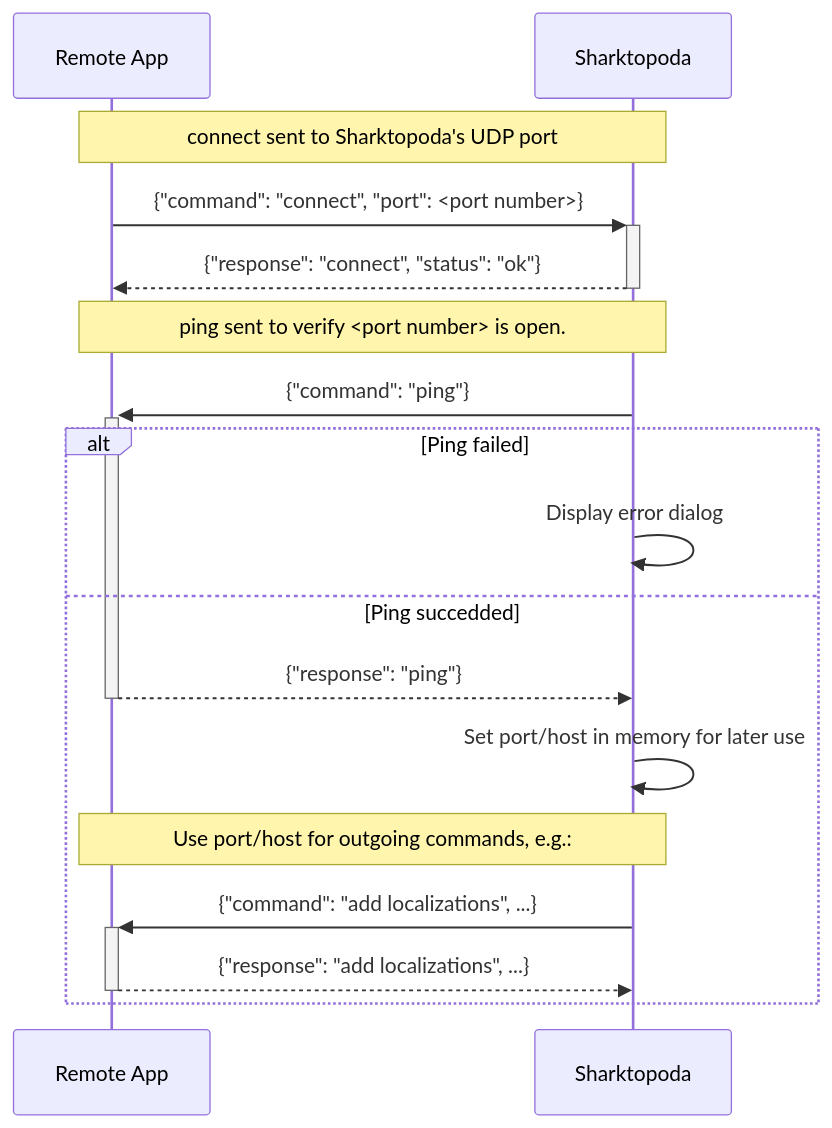
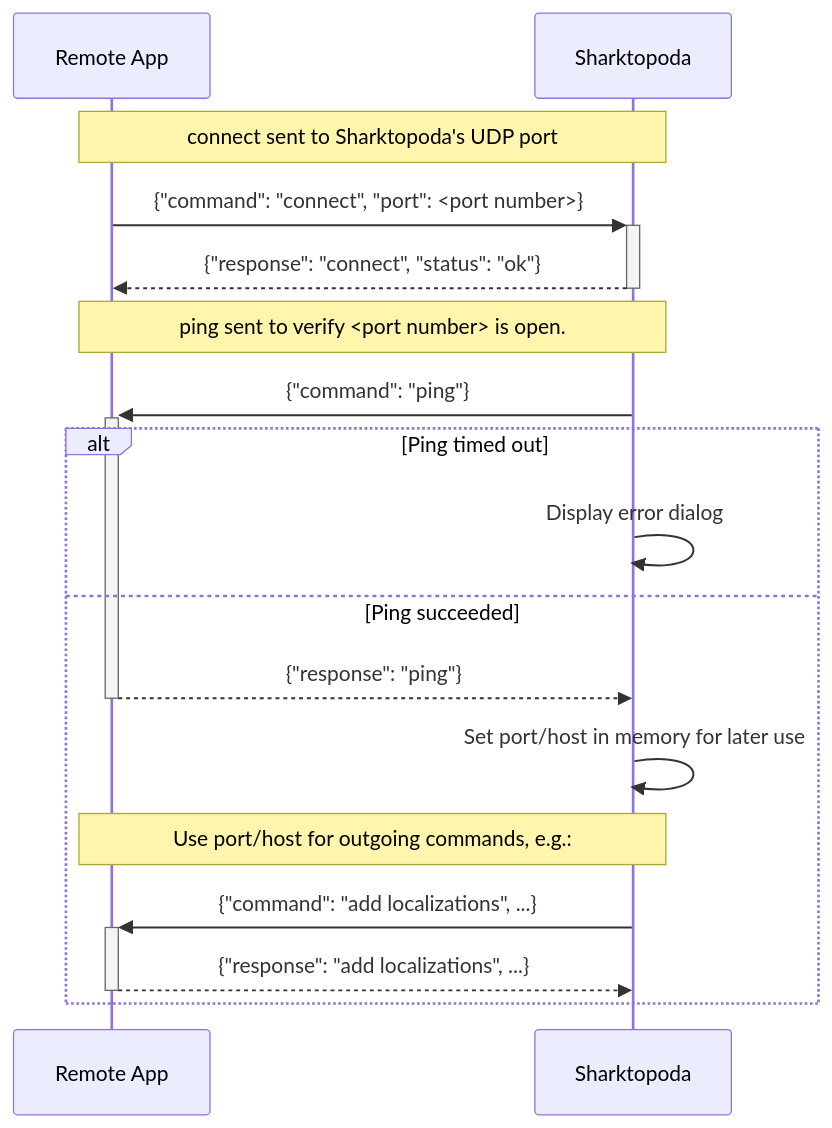
One commit to mbari-org/Sharktopoda1 changed the third of 4 diagrams in docs/requirements/Sharktopoda 2/UDP_Remote_Protocol.md. Above: the diagram before and after it, drawn with Mermaid. The commit also changed other lines of this file, not shown here.

````diff
--- a/docs/requirements/Sharktopoda 2/UDP_Remote_Protocol.md
+++ b/docs/requirements/Sharktopoda 2/UDP_Remote_Protocol.md
@@ -74,21 +74,21 @@
  ```mermaid
 sequenceDiagram 
     participant R as Remote App
     participant S as Sharktopoda
 
     Note over R,S: connect sent to Sharktopoda's UDP port
     R->>+S: {"command": "connect", "port": <port number>}
     S-->>-R: {"response": "connect", "status": "ok"}
 
     Note over R,S: ping sent to verify <port number> is open.
     S->>+R: {"command": "ping"}
-    alt Ping failed
+    alt Ping timed out
       S->>S: Display error dialog
-    else Ping succedded
+    else Ping succeeded
       R-->>-S: {"response": "ping"}
       S->>S: Set port/host in memory for later use
       Note over R,S: Use port/host for outgoing commands, e.g.:
       S->>+R: {"command": "add localizations", ...}
       R-->>-S: {"response": "add localizations", ...}
     end
  ```
````
